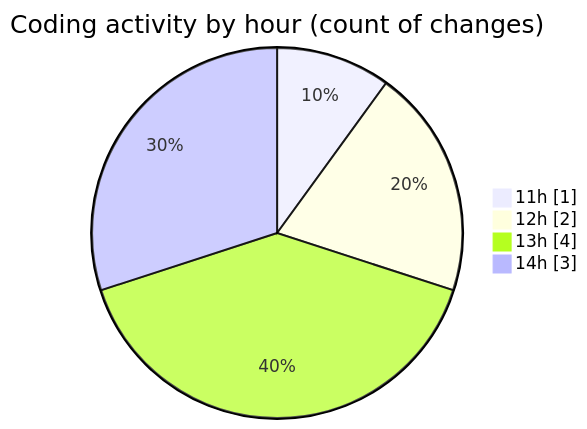
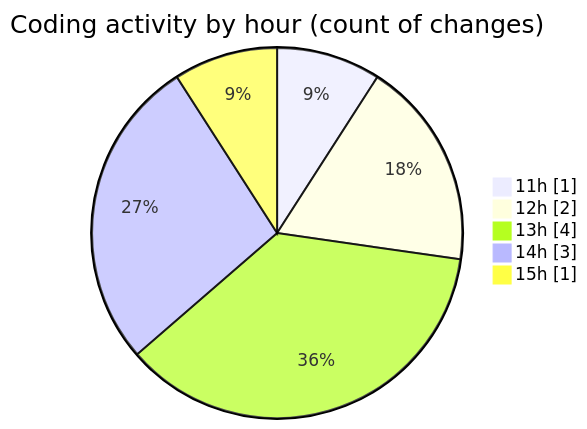
The second of 2 diagrams in 2025-07-18/urlwebwala_intership_work/README.md (Ritupan-Deka/code-tracking), drawn with Mermaid before and after one commit. The commit also changed other lines of this file and 1 other file, not shown here.

````diff
--- a/2025-07-18/urlwebwala_intership_work/README.md
+++ b/2025-07-18/urlwebwala_intership_work/README.md
@@ -29,8 +29,9 @@
 ```mermaid
 pie showData
 title Coding activity by hour (count of changes)
 "11h" : 1
 "12h" : 2
 "13h" : 4
 "14h" : 3
+"15h" : 1
 ```
````
